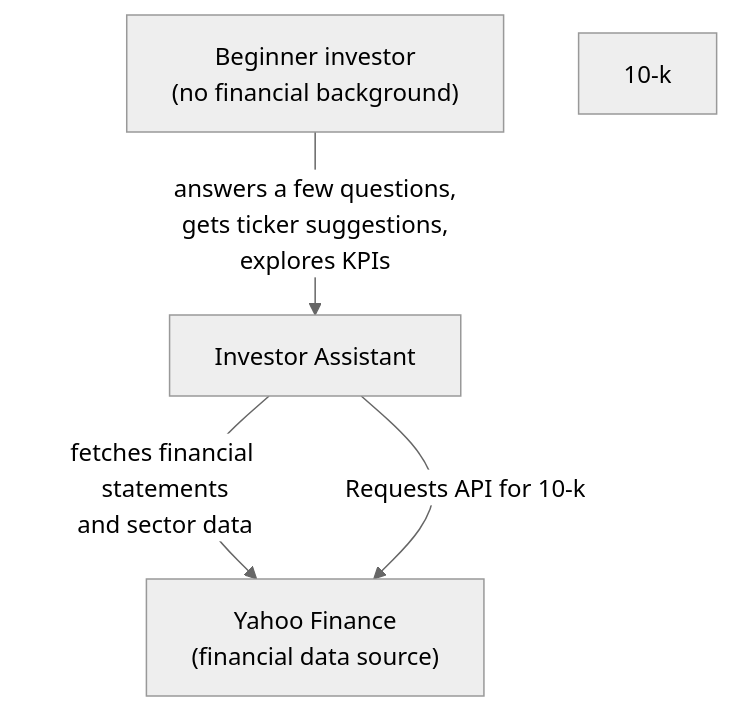
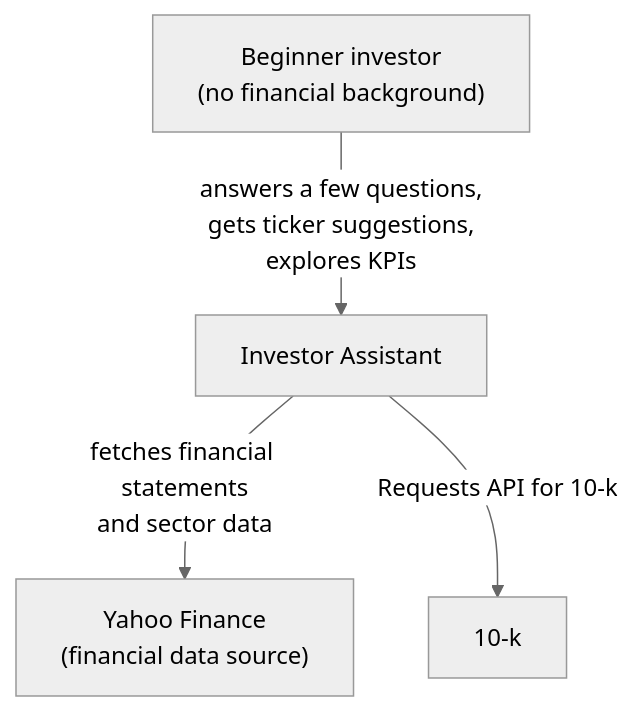
Before and after one commit to bete17/Investor-Assistant: the first of 2 diagrams in docs/architecture.md, drawn with Mermaid (neutral theme).

````diff
--- a/docs/architecture.md
+++ b/docs/architecture.md
@@ -12,11 +12,11 @@
 ```mermaid
 graph TD
     User["Beginner investor<br/>(no financial background)"]
     App["Investor Assistant"]
     Yahoo["Yahoo Finance<br/>(financial data source)"]
     SEC-API["10-k"]
 
     User -- "answers a few questions,<br/>gets ticker suggestions,<br/>explores KPIs" --> App
     App -- "fetches financial statements<br/>and sector data" --> Yahoo
-    App -- "Requests API for 10-k" --> Yahoo
+    App -- "Requests API for 10-k" --> SEC-API
 ```
````
